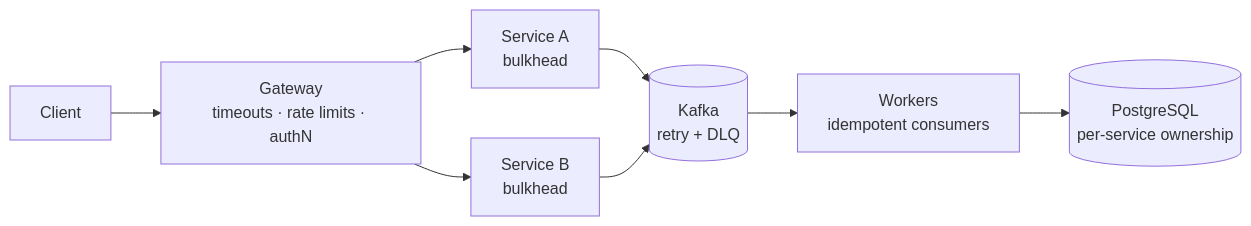
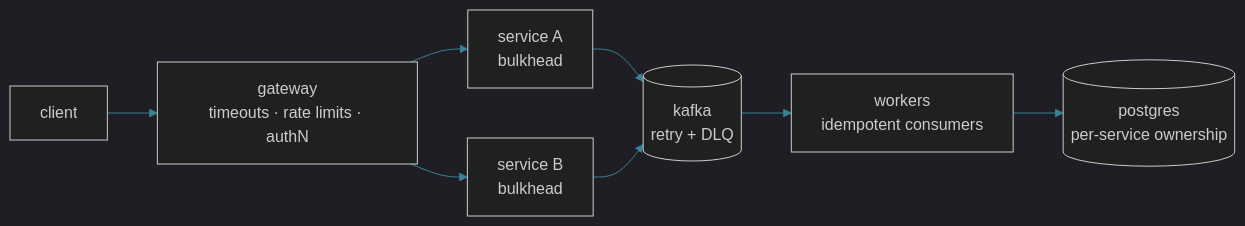
Before and after one commit to jelome265/jelome265: the diagram in README.md, drawn with Mermaid. The commit also changed other lines of this file, not shown here.

````diff
--- a/README.md
+++ b/README.md
@@ -24,10 +42,11 @@
 ```mermaid
+%%{init: {'theme':'dark','themeVariables':{'background':'#0B1218','primaryColor':'#0F1A22','primaryBorderColor':'#61DAFB','primaryTextColor':'#C8E1FF','lineColor':'#3a8296','fontFamily':'monospace'}}}%%
 flowchart LR
-    C[Client] --> G[Gateway<br/>timeouts · rate limits · authN]
-    G --> S1[Service A<br/>bulkhead]
-    G --> S2[Service B<br/>bulkhead]
-    S1 --> K[(Kafka<br/>retry + DLQ)]
+    C[client] --> G[gateway<br/>timeouts · rate limits · authN]
+    G --> S1[service A<br/>bulkhead]
+    G --> S2[service B<br/>bulkhead]
+    S1 --> K[(kafka<br/>retry + DLQ)]
     S2 --> K
-    K --> W[Workers<br/>idempotent consumers]
-    W --> DB[(PostgreSQL<br/>per-service ownership)]
+    K --> W[workers<br/>idempotent consumers]
+    W --> DB[(postgres<br/>per-service ownership)]
 ```
````
